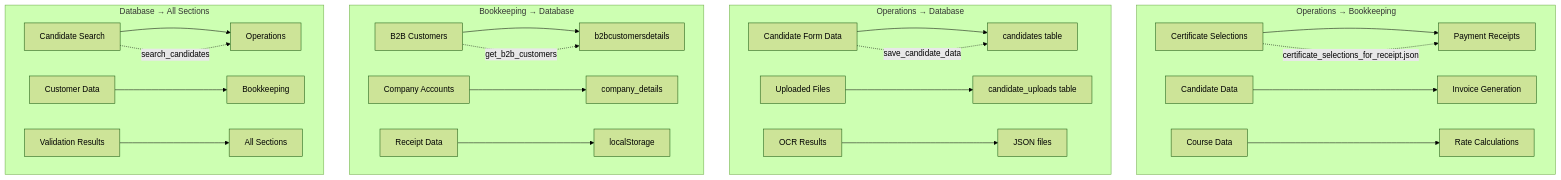
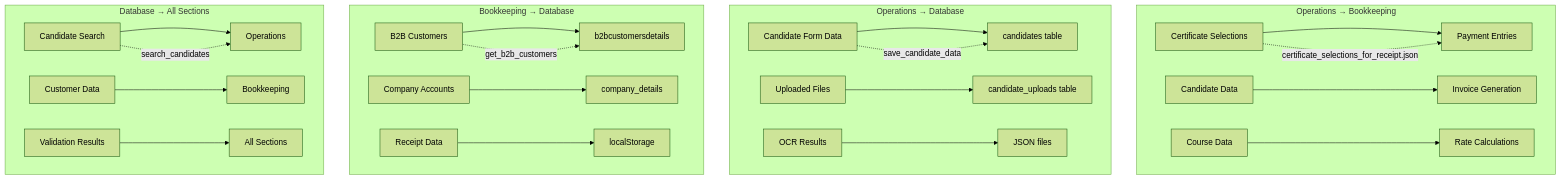
The seventh of 7 diagrams in ProjectFlow.md (sushantshinde2401/saved_backup), drawn with Mermaid (forest theme) before and after one commit. The commit also changed other lines of this file and 20 other files, not shown here.

````diff
--- a/ProjectFlow.md
+++ b/ProjectFlow.md
@@ -734,32 +734,32 @@
 ```mermaid
 flowchart TD
     subgraph "Operations → Bookkeeping"
-        A1[Certificate Selections] --> B1[Payment Receipts]
+        A1[Certificate Selections] --> B1[Payment Entries]
         A2[Candidate Data] --> B2[Invoice Generation]
         A3[Course Data] --> B3[Rate Calculations]
     end
 
     subgraph "Operations → Database"
         A4[Candidate Form Data] --> C1[candidates table]
         A5[Uploaded Files] --> C2[candidate_uploads table]
         A6[OCR Results] --> C3[JSON files]
     end
 
     subgraph "Bookkeeping → Database"
         B4[B2B Customers] --> C4[b2bcustomersdetails]
         B5[Company Accounts] --> C5[company_details]
         B6[Receipt Data] --> C6[localStorage]
     end
 
     subgraph "Database → All Sections"
         C7[Candidate Search] --> D1[Operations]
         C8[Customer Data] --> D2[Bookkeeping]
         C9[Validation Results] --> D3[All Sections]
     end
 
     %% Data Dependencies
     A1 -.->|certificate_selections_for_receipt.json| B1
     A4 -.->|save_candidate_data| C1
     B4 -.->|get_b2b_customers| C4
     C7 -.->|search_candidates| D1
 ```
````
